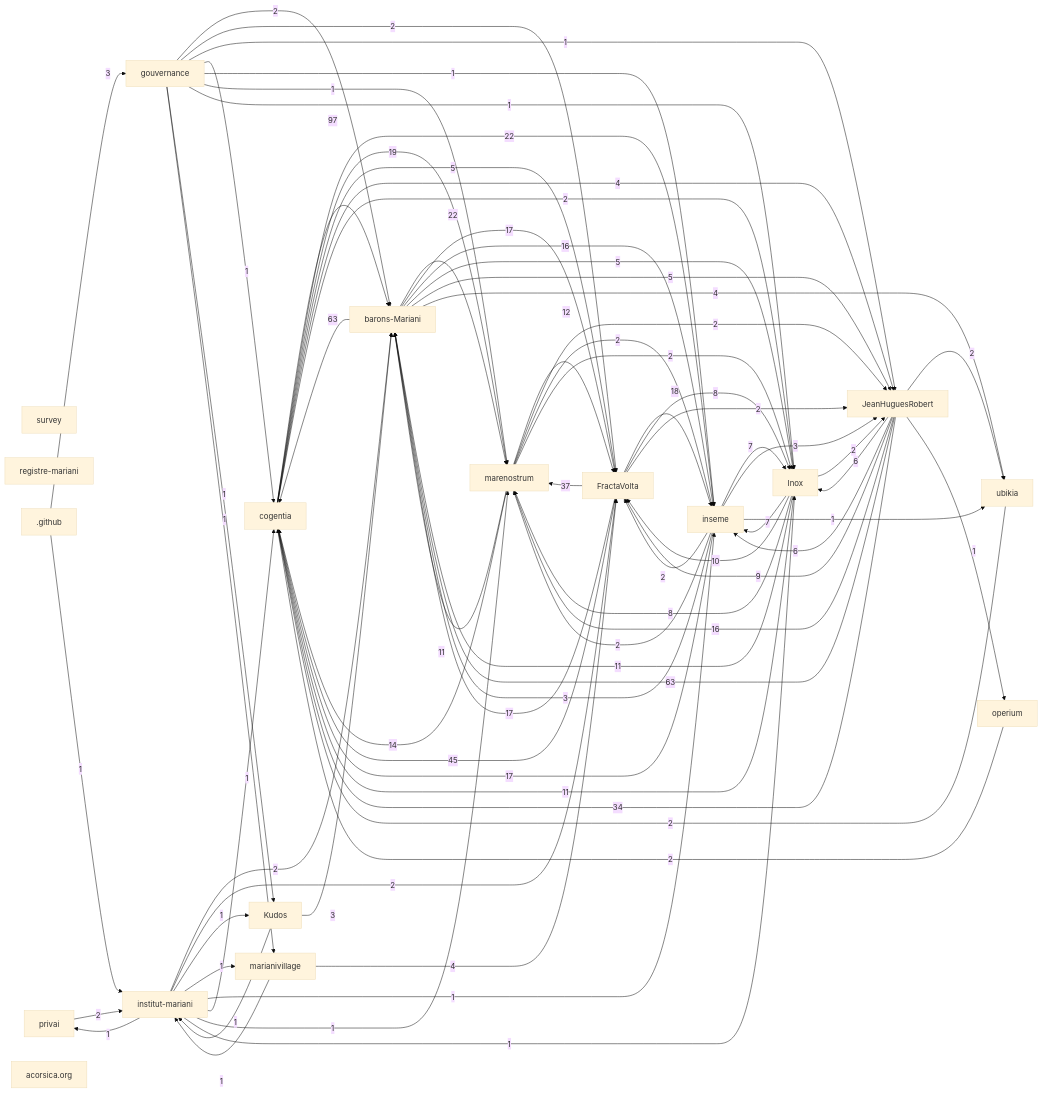
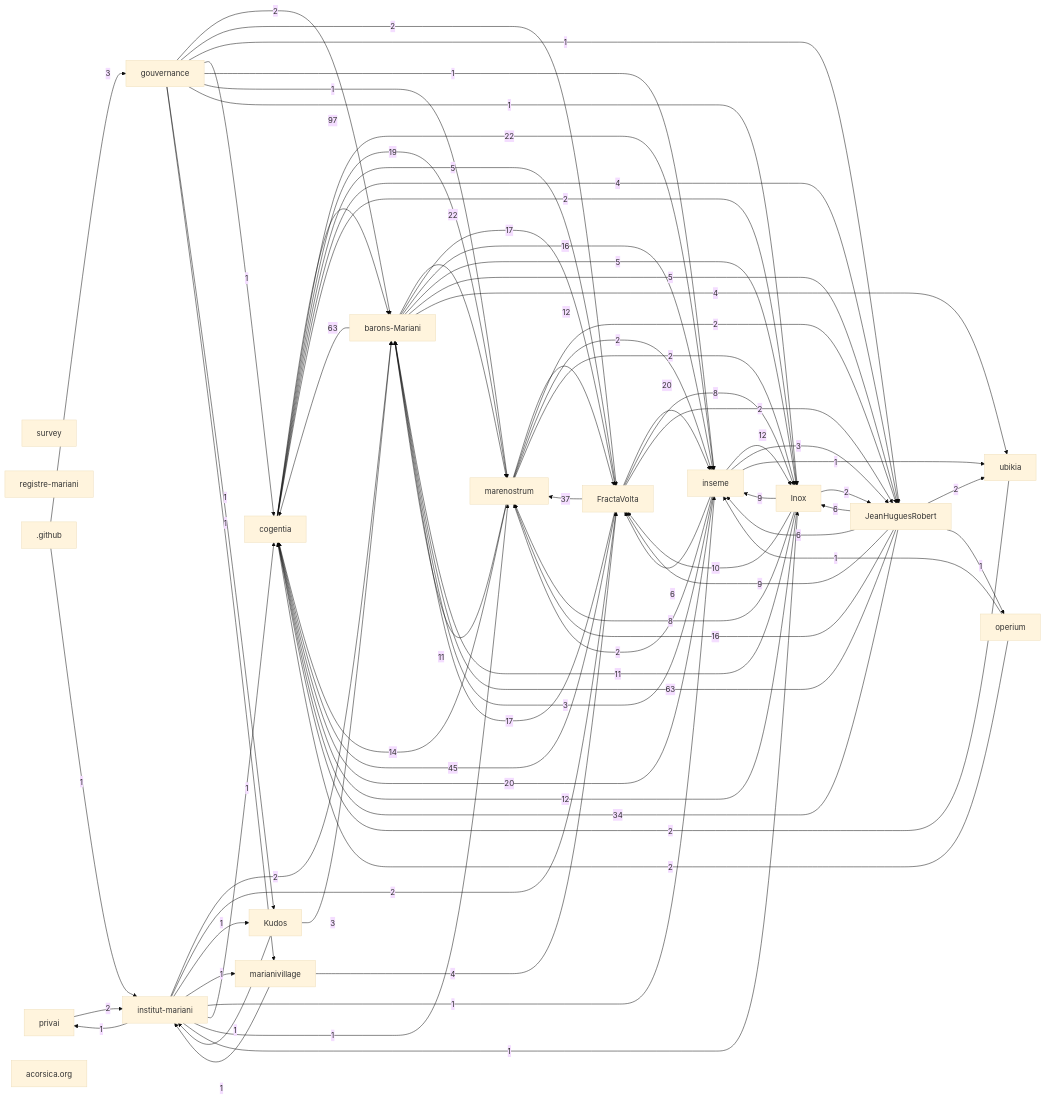
The first of 2 diagrams in research/corpus-status.md (JeanHuguesRobert/FractaVolta), drawn with Mermaid (base theme) before and after one commit. The commit also changed other lines of this file and 2 other files, not shown here.

Commit message:
Refresh corpus backlinks

````diff
--- a/research/corpus-status.md
+++ b/research/corpus-status.md
@@ -79,24 +79,25 @@
   r_jeanhuguesrobert -->|34| r_cogentia
   r_barons_mariani -->|22| r_marenostrum
   r_cogentia -->|22| r_inseme
+  r_fractavolta -->|20| r_inseme
+  r_inseme -->|20| r_cogentia
   r_cogentia -->|19| r_marenostrum
-  r_fractavolta -->|18| r_inseme
   r_barons_mariani -->|17| r_fractavolta
   r_fractavolta -->|17| r_barons_mariani
-  r_inseme -->|17| r_cogentia
   r_barons_mariani -->|16| r_inseme
   r_jeanhuguesrobert -->|16| r_marenostrum
   r_marenostrum -->|14| r_cogentia
+  r_inox -->|12| r_cogentia
+  r_inseme -->|12| r_inox
   r_marenostrum -->|12| r_fractavolta
   r_inox -->|11| r_barons_mariani
-  r_inox -->|11| r_cogentia
   r_marenostrum -->|11| r_barons_mariani
   r_inox -->|10| r_fractavolta
+  r_inox -->|9| r_inseme
   r_jeanhuguesrobert -->|9| r_fractavolta
   r_fractavolta -->|8| r_inox
   r_inox -->|8| r_marenostrum
-  r_inox -->|7| r_inseme
-  r_inseme -->|7| r_inox
+  r_inseme -->|6| r_fractavolta
   r_jeanhuguesrobert -->|6| r_inseme
   r_jeanhuguesrobert -->|6| r_inox
   r_barons_mariani -->|5| r_inox
@@ -115,7 +116,6 @@
   r_gouvernance -->|2| r_fractavolta
   r_inox -->|2| r_jeanhuguesrobert
   r_inseme -->|2| r_marenostrum
-  r_inseme -->|2| r_fractavolta
   r_institut_mariani -->|2| r_barons_mariani
   r_institut_mariani -->|2| r_fractavolta
   r_jeanhuguesrobert -->|2| r_ubikia
@@ -144,4 +144,5 @@
   r_jeanhuguesrobert -->|1| r_operium
   r_kudos -->|1| r_institut_mariani
   r_marianivillage -->|1| r_institut_mariani
+  r_operium -->|1| r_inseme
 ```
````
